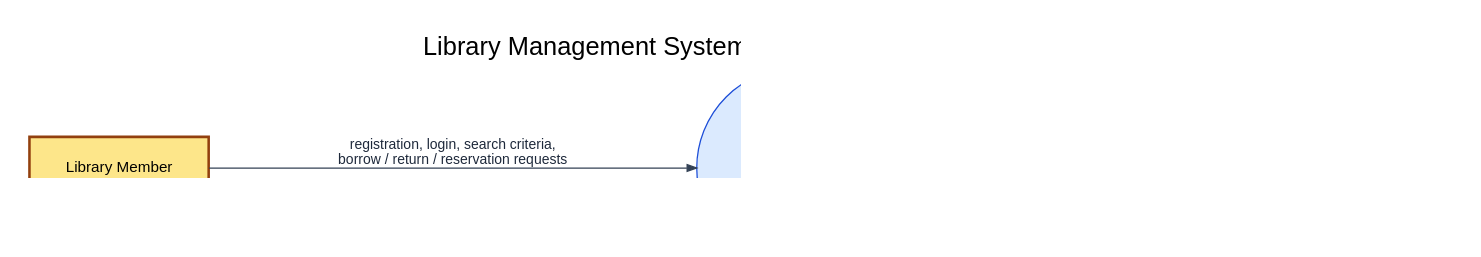
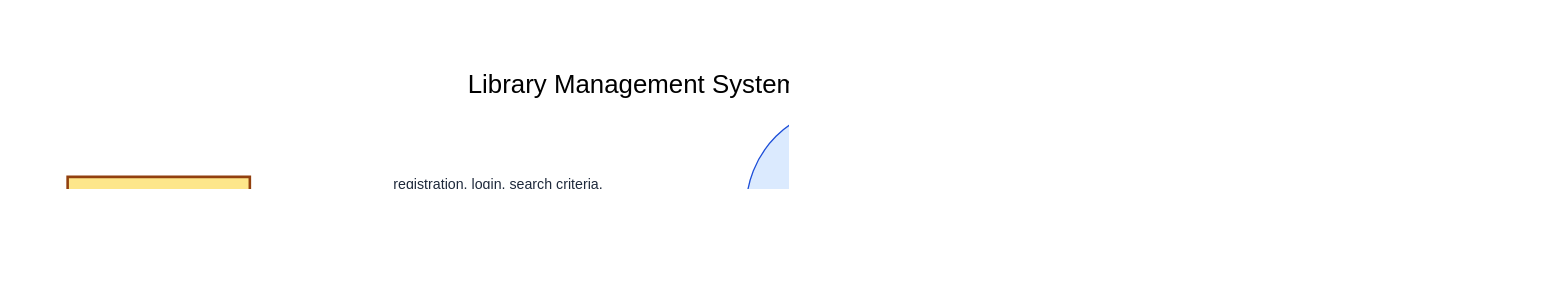
The diagram in diagrams/dfd0.dot (Hassan3443/library-management-system), drawn with Graphviz before and after one commit. The commit also changed 13 other files, not shown here.

Commit message:
Diagrams: fix DFD balancing and notation, UML consistency, sequence flow; re-render; README FR tags

```diff
--- a/diagrams/dfd0.dot
+++ b/diagrams/dfd0.dot
@@ -1,12 +1,12 @@
 digraph DFD0 {
-  graph [rankdir=LR, nodesep=1, ranksep=2.4, fontname="Helvetica", labelloc=t, fontsize=20, label="Library Management System: Context Diagram (DFD Level 0)\n", dpi=150, pad=0.3, bgcolor=white];
+  graph [rankdir=LR, nodesep=1, ranksep=2.4, fontname="Helvetica", labelloc=t, fontsize=20, label="Library Management System: Context Diagram (DFD Level 0)\n", dpi=150, pad=0.7, margin=0.3, bgcolor=white];
   node [fontname="Helvetica", fontsize=12];
   edge [fontname="Helvetica", fontsize=11, color="#334155", fontcolor="#1e293b", arrowsize=0.75];
   M [label="Library Member", shape=box, style="filled,bold", fillcolor="#fde68a", color="#92400e", margin="0.3,0.25"];
   L [label="Librarian", shape=box, style="filled,bold", fillcolor="#fde68a", color="#92400e", margin="0.3,0.25"];
   S [label="0\nLibrary\nManagement\nSystem", shape=circle, style=filled, fillcolor="#dbeafe", color="#1d4ed8", width=2.2, fixedsize=true, fontsize=14];
   M -> S [label="registration, login, search criteria,\nborrow / return / reservation requests"];
   S -> M [label="book availability, loans,\nfines, notifications, queue position"];
-  L -> S [label="catalog and copy changes,\nloan confirmations, return processing,\nmember actions"];
-  S -> L [label="pending requests, overdue report,\nmember list, reservation queues"];
+  L -> S [label="catalog and copy changes,\nloan confirmations, return processing,\nmember actions, login details"];
+  S -> L [label="pending requests, overdue report,\nmember list, reservation queues,\nlogin result"];
 }
```
